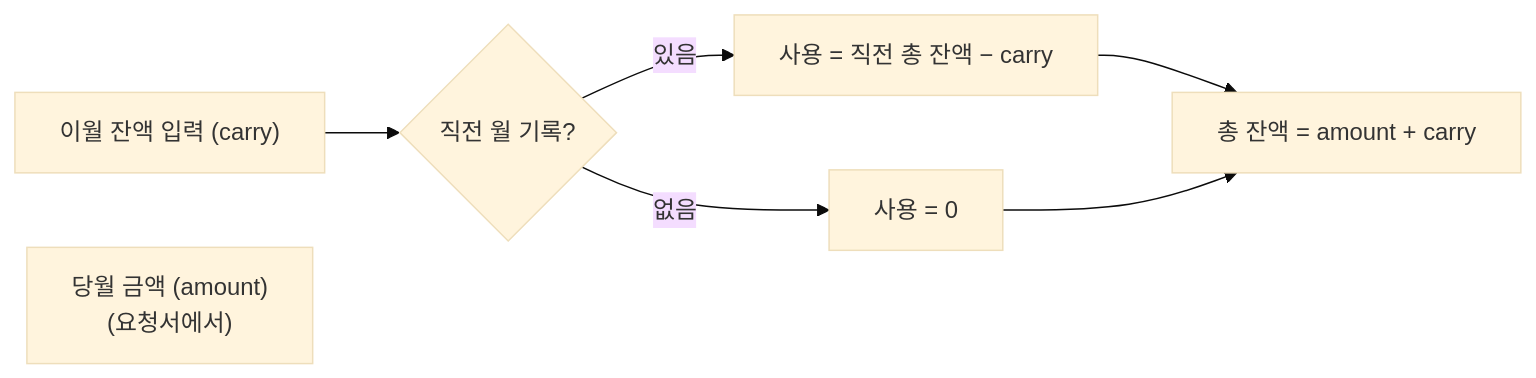
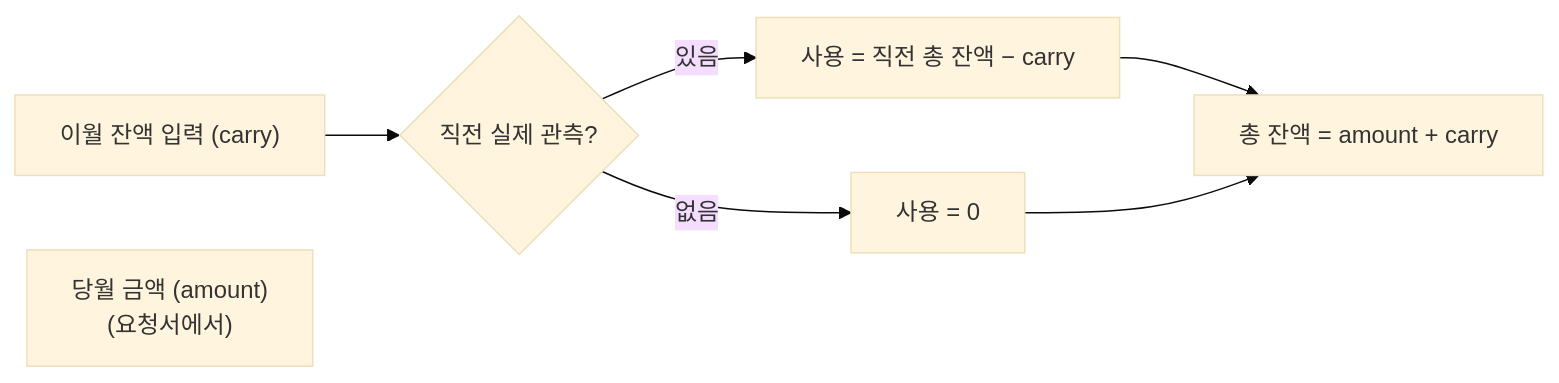
One commit to jihoon22-lee/PointBook changed the fourth of 8 diagrams in docs/architecture.md. Above: the diagram before and after it, drawn with Mermaid (base theme). The commit also changed other lines of this file and 43 other files, not shown here.

````diff
--- a/docs/architecture.md
+++ b/docs/architecture.md
@@ -176,9 +176,9 @@
 ```mermaid
 flowchart LR
-    A["이월 잔액 입력 (carry)"] --> C{"직전 월 기록?"}
+    A["이월 잔액 입력 (carry)"] --> C{"직전 실제 관측?"}
     B["당월 금액 (amount)<br/>(요청서에서)"]
     C -- "있음" --> D["사용 = 직전 총 잔액 − carry"]
     C -- "없음" --> E["사용 = 0"]
     D --> F["총 잔액 = amount + carry"]
     E --> F
 ```
````
